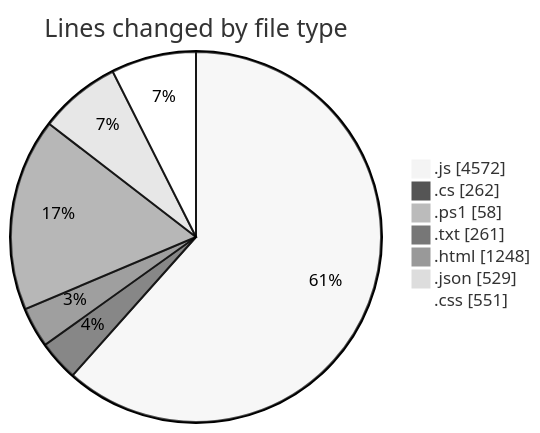
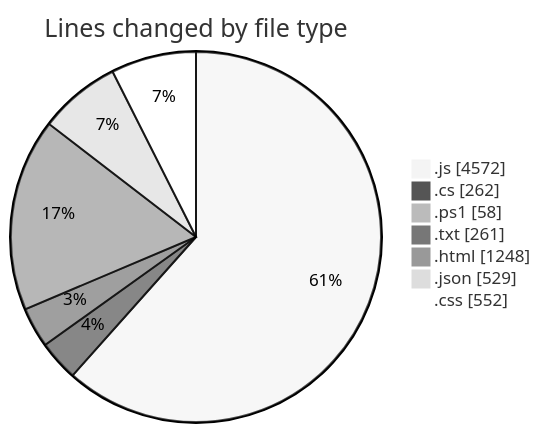
The first of 2 diagrams in 2026-02-17/bot_v1_2/README.md (becaeroporto-bot/code-tracking), drawn with Mermaid (neutral theme) before and after one commit. The commit also changed other lines of this file and 1 other file, not shown here.

````diff
--- a/2026-02-17/bot_v1_2/README.md
+++ b/2026-02-17/bot_v1_2/README.md
@@ -38,11 +38,11 @@
 ```mermaid
 pie showData
 title Lines changed by file type
 ".js" : 4572
 ".cs" : 262
 ".ps1" : 58
 ".txt" : 261
 ".html" : 1248
 ".json" : 529
-".css" : 551
+".css" : 552
 ```
````
